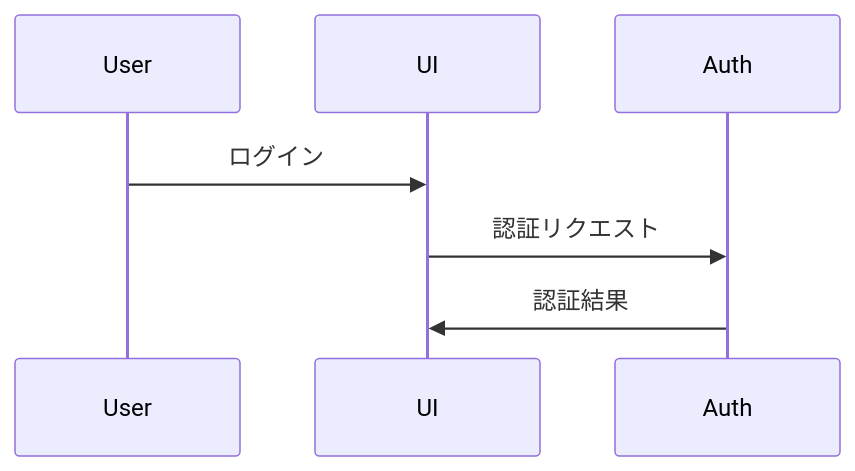
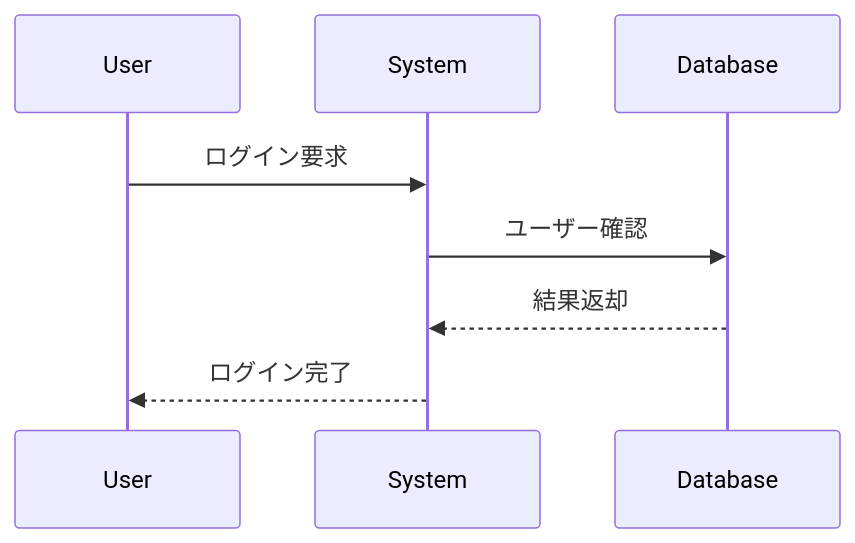
The diagram in docs/user-guide.md (SuperPyonchiX/MermaidConverter), drawn with Mermaid before and after one commit. The commit also changed other lines of this file and 1965 other files, not shown here.

````diff
--- a/docs/user-guide.md
+++ b/docs/user-guide.md
@@ -87,9 +88,11 @@
 ```mermaid
 sequenceDiagram
     participant User
-    participant UI
-    participant Auth
-    User->>UI: ログイン
-    UI->>Auth: 認証リクエスト
-    Auth->>UI: 認証結果
+    participant System
+    participant Database
+    
+    User->>System: ログイン要求
+    System->>Database: ユーザー確認
+    Database-->>System: 結果返却
+    System-->>User: ログイン完了
 ```
````
